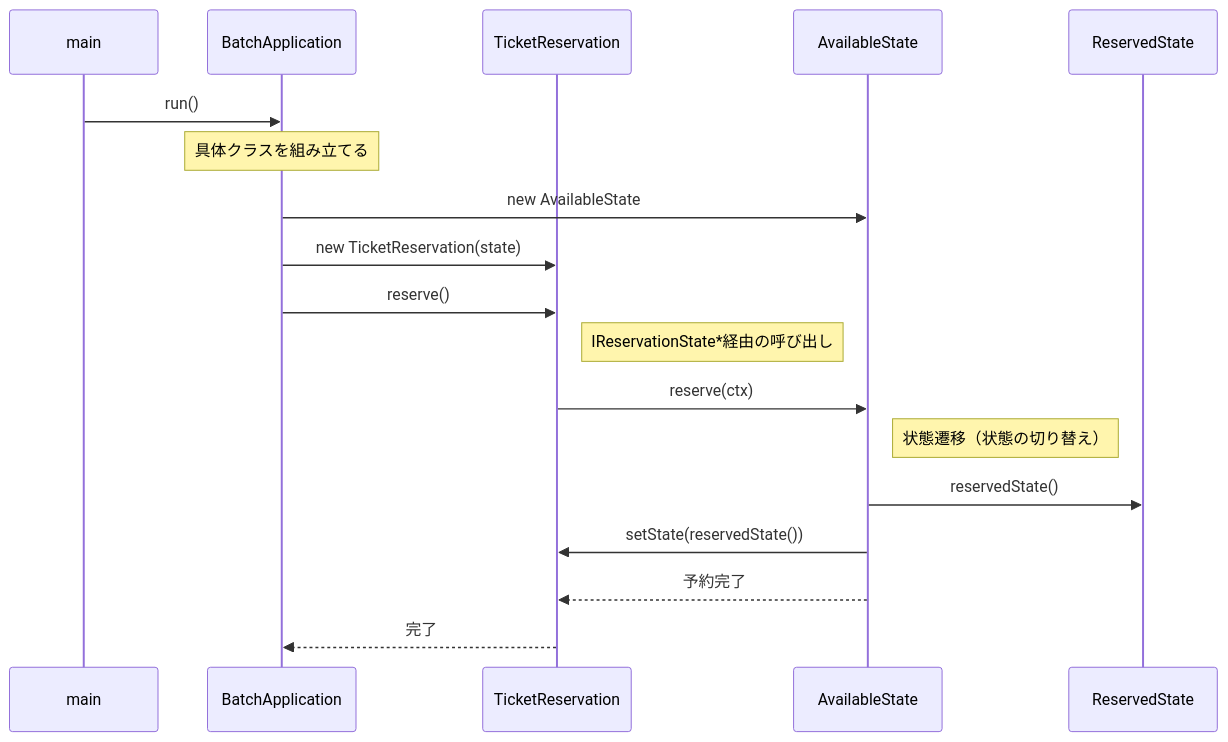
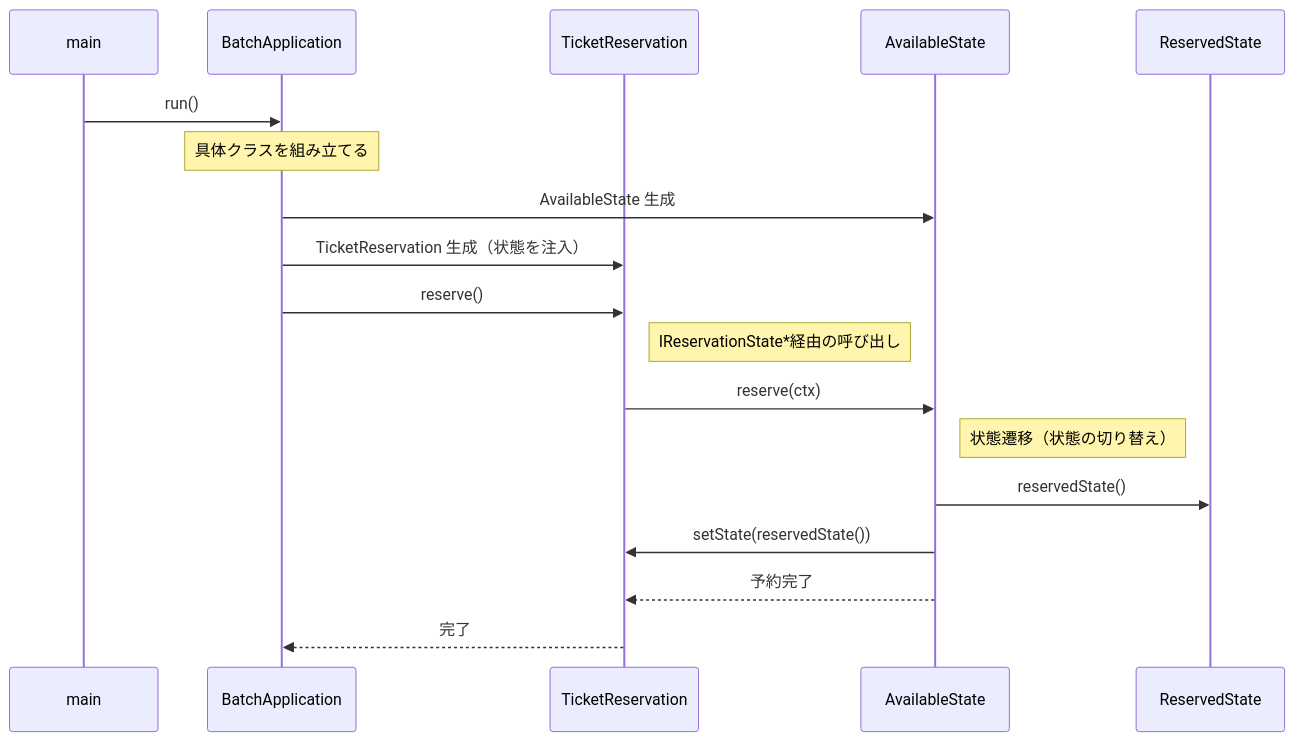
Before and after one commit to kumachan1101-pixel/DesignPattern: the fifth of 8 diagrams in kindle/design-patterns/output/chapter03.md, drawn with Mermaid. The commit also changed other lines of this file and 4 other files, not shown here.

````diff
--- a/kindle/design-patterns/output/chapter03.md
+++ b/kindle/design-patterns/output/chapter03.md
@@ -989,22 +994,22 @@
 ```mermaid
 sequenceDiagram
     participant main
     participant BA as BatchApplication
     participant TR as TicketReservation
     participant AS as AvailableState
     participant RS as ReservedState
 
     main->>BA: run()
     Note over BA: 具体クラスを組み立てる
-    BA->>AS: new AvailableState
-    BA->>TR: new TicketReservation(state)
+    BA->>AS: AvailableState 生成
+    BA->>TR: TicketReservation 生成（状態を注入）
 
     BA->>TR: reserve()
     Note right of TR: IReservationState*経由の呼び出し
     TR->>AS: reserve(ctx)
     Note right of AS: 状態遷移（状態の切り替え）
     AS->>RS: reservedState()
     AS->>TR: setState(reservedState())
     AS-->>TR: 予約完了
     TR-->>BA: 完了
 ```
````
